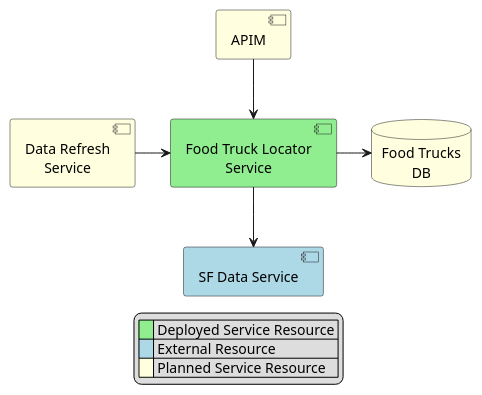
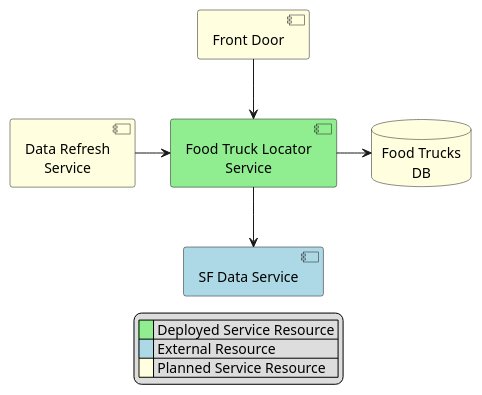
The diagram in docs/dependency.diagram.puml (ncksol/msft.food.truck), drawn with PlantUML before and after one commit. The commit also changed 1 other file, not shown here.

```diff
--- a/docs/dependency.diagram.puml
+++ b/docs/dependency.diagram.puml
@@ -1,20 +1,20 @@
 @startuml
 skinparam DefaultTextAlignment center
 
 legend
 |<back:#lightgreen>    </back>| Deployed Service Resource |
 |<back:#lightblue>    </back>| External Resource |
 |<back:#lightyellow>    </back>| Planned Service Resource |
 endlegend
 
 database "Food Trucks\nDB" as DB #LightYellow
-component [APIM] #LightYellow
+component [Front Door] as FD #LightYellow
 component [Data Refresh\nService] as DRS #LightYellow
 component [Food Truck Locator\nService] as FTLS #LightGreen
 component [SF Data Service] as SFDS #LightBlue
 
-[APIM]--> [FTLS]
+[FD]--> [FTLS]
 [FTLS]--> [SFDS]
 [FTLS]-> DB
 [DRS]-> [FTLS]
 @enduml
```
